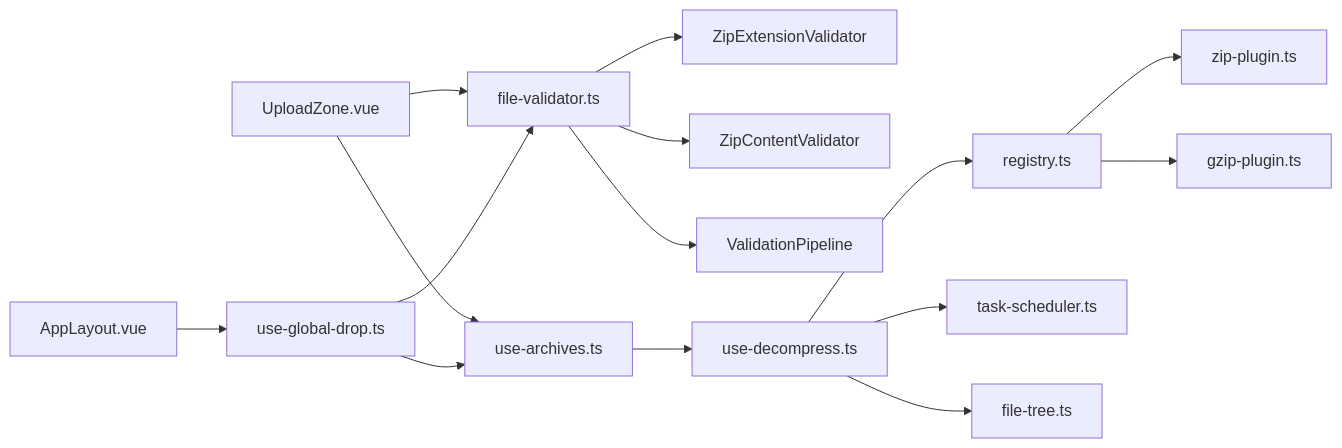
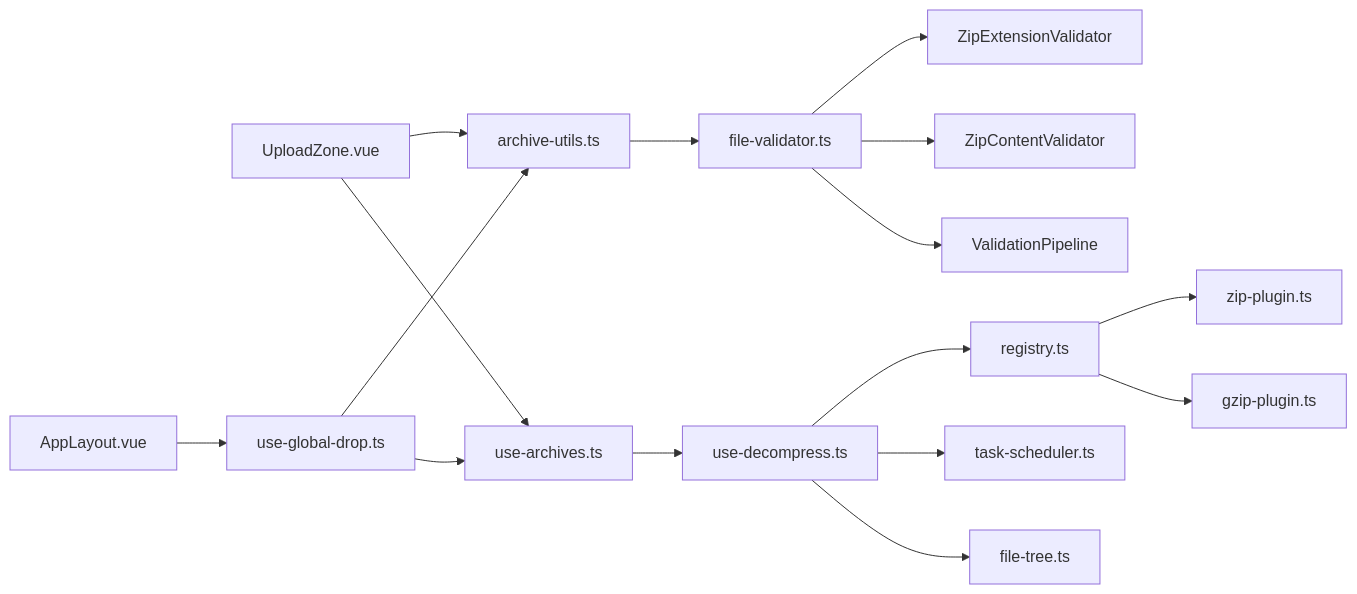
The fourth of 4 diagrams in .qoder/repowiki/zh/content/架构设计/组件层次结构/档案面板组件/UploadZone 上传区域组件.md (taoweidong/Hello-Tauri), drawn with Mermaid before and after one commit. The commit also changed other lines of this file and 119 other files, not shown here.

````diff
--- a/.qoder/repowiki/zh/content/架构设计/组件层次结构/档案面板组件/UploadZone 上传区域组件.md
+++ b/.qoder/repowiki/zh/content/架构设计/组件层次结构/档案面板组件/UploadZone 上传区域组件.md
@@ -373,17 +408,18 @@
 ```mermaid
 graph LR
-UZ["UploadZone.vue"] --> UM["use-archives.ts"]
-UZ --> FV["file-validator.ts"]
-UGD["use-global-drop.ts"] --> UM
-UGD --> FV
+UZ["UploadZone.vue"] --> AU["archive-utils.ts"]
+UZ --> UM["use-archives.ts"]
+UGD["use-global-drop.ts"] --> AU
+UGD --> UM
 AL["AppLayout.vue"] --> UGD
+AU --> FV["file-validator.ts"]
 FV --> ZEV["ZipExtensionValidator"]
 FV --> ZCV["ZipContentValidator"]
 FV --> VP["ValidationPipeline"]
 UM --> UD["use-decompress.ts"]
 UD --> REG["registry.ts"]
 REG --> ZP["zip-plugin.ts"]
 REG --> GP["gzip-plugin.ts"]
 UD --> TS["task-scheduler.ts"]
 UD --> FT["file-tree.ts"]
 ```
````
